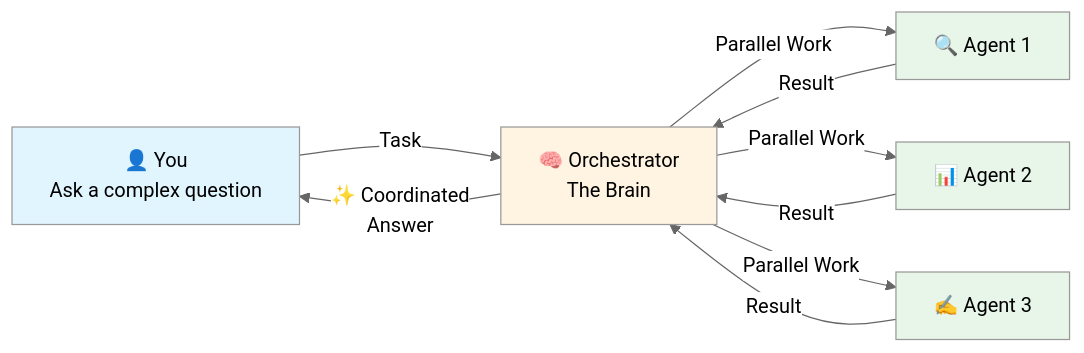
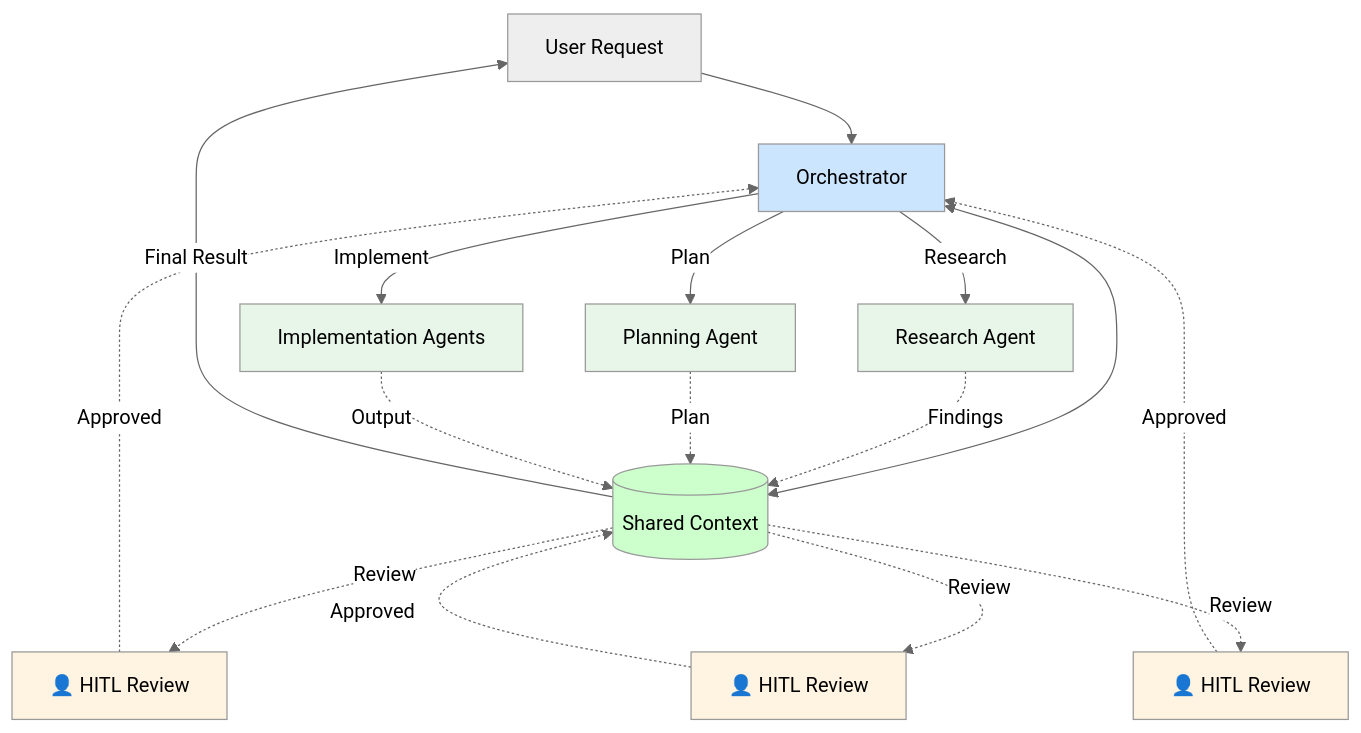
One commit to raahulrahl/docs changed the third of 3 diagrams in sapthame/introduction/overview.mdx. Above: the diagram before and after it, drawn with Mermaid (neutral theme). The commit also changed other lines of this file, not shown here.

First line of the commit message:
feat: enhance documentation with multi-agent collaboration story

````diff
--- a/sapthame/introduction/overview.mdx
+++ b/sapthame/introduction/overview.mdx
@@ -295,19 +357,31 @@
 ```mermaid
-graph LR
-    U[👤 You<br/>Ask a complex question] -->|Task| O[🧠 Orchestrator<br/>The Brain]
-    O -->|Parallel Work| A1[🔍 Agent 1]
-    O -->|Parallel Work| A2[📊 Agent 2]
-    O -->|Parallel Work| A3[✍️ Agent 3]
+graph TB
+    U[User Request] --> O[Orchestrator]
+    O <--> SC[(Shared Context)]
     
-    A1 -->|Result| O
-    A2 -->|Result| O
-    A3 -->|Result| O
+    O -->|Research| A1[Research Agent]
+    A1 -.->|Findings| SC
+    SC -.->|Review| H1[👤 HITL Review]
+    H1 -.->|Approved| O
     
-    O -->|✨ Coordinated<br/>Answer| U
+    O -->|Plan| A2[Planning Agent]
+    A2 -.->|Plan| SC
+    SC -.->|Review| H2[👤 HITL Review]
+    H2 -.->|Approved| O
     
-    style U fill:#e1f5ff
-    style O fill:#fff4e1
+    O -->|Implement| A3[Implementation Agents]
+    A3 -.->|Output| SC
+    SC -.->|Review| H3[👤 HITL Review]
+    H3 -.->|Approved| SC
+    
+    SC -->|Final Result| U
+    
+    style SC fill:#ccffcc
+    style O fill:#cce5ff
     style A1 fill:#e8f5e9
     style A2 fill:#e8f5e9
     style A3 fill:#e8f5e9
+    style H1 fill:#fff4e1
+    style H2 fill:#fff4e1
+    style H3 fill:#fff4e1
 ```
````
